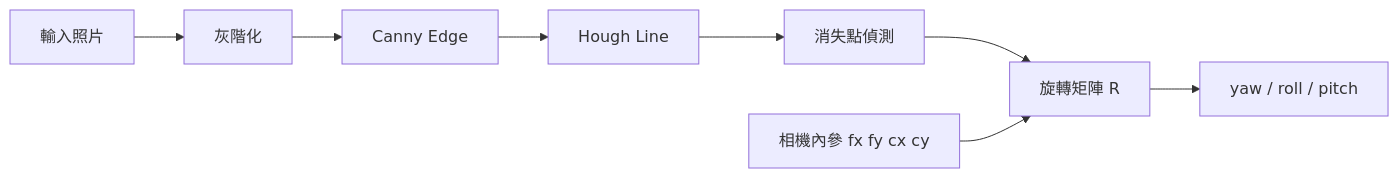
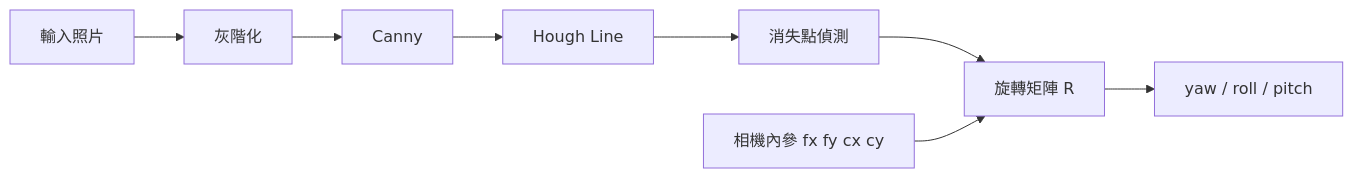
Before and after one commit to f114112140-star/Indoor-mobile-phone-camera-pose: the first of 2 diagrams in README.md, drawn with Mermaid.

Commit message:
Shorten label from 'Canny Edge' to 'Canny'

````diff
--- a/README.md
+++ b/README.md
@@ -5,12 +5,12 @@
 ```mermaid
 graph LR
     A[輸入照片] --> B[灰階化]
-    B --> C[Canny Edge]
+    B --> C[Canny]
     C --> D[Hough Line]
     D --> E[消失點偵測]
 
     E --> G[旋轉矩陣 R]
     F[相機內參 fx fy cx cy] --> G
 
     G --> H[yaw / roll / pitch]
 ```
````
